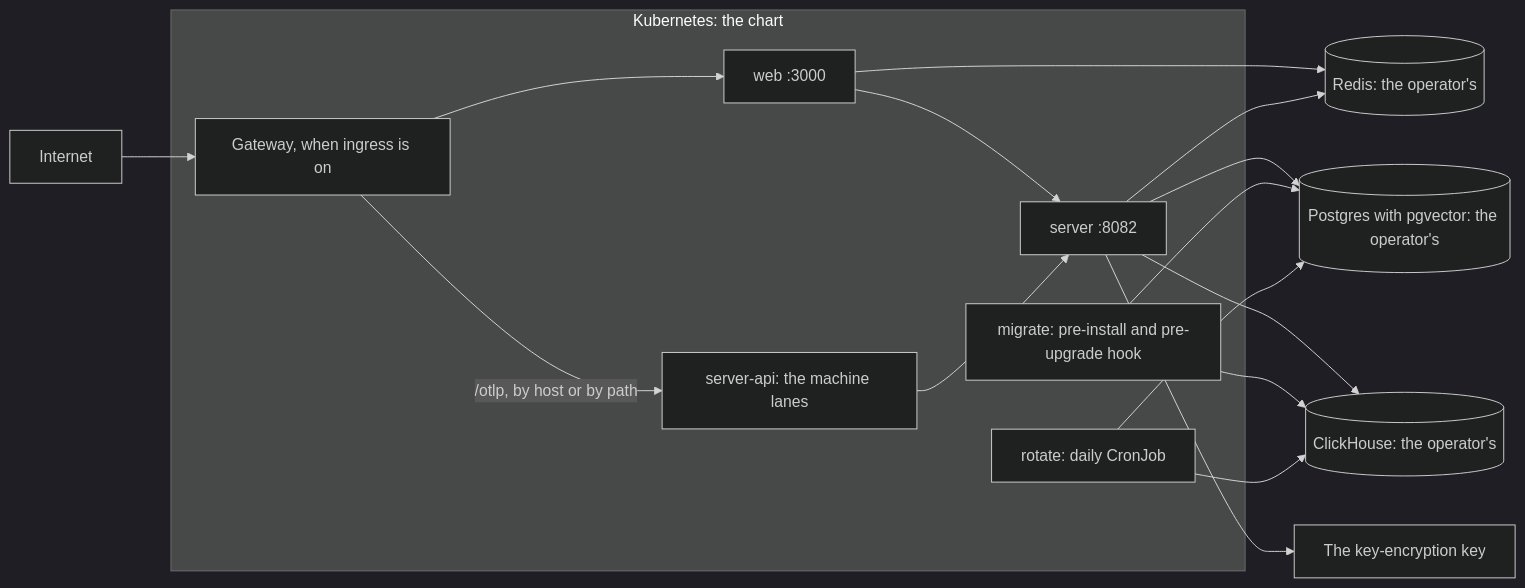
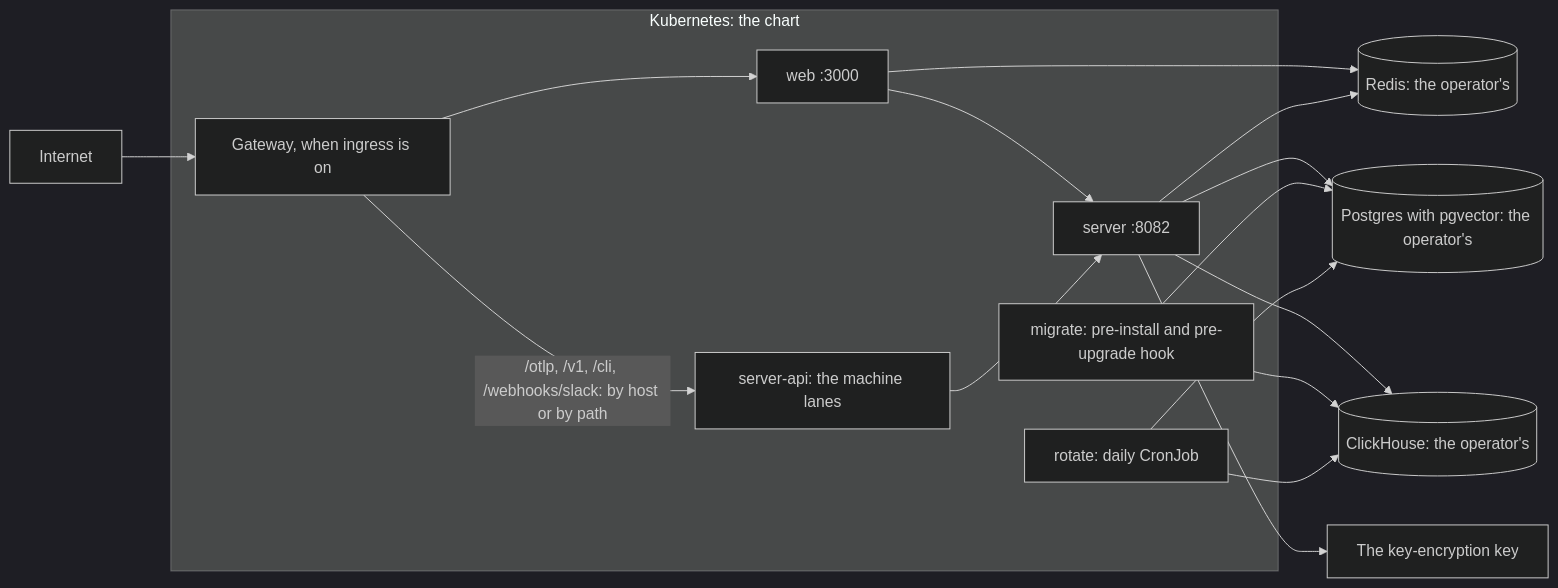
Before and after one commit to telmoni/telmoni: the fifth of 5 diagrams in ARCHITECTURE.md, drawn with Mermaid (dark theme). The commit also changed 3 other files, not shown here.

First line of the commit message:
fix(chart): answer the console on its own host when the lanes have one

````diff
--- a/ARCHITECTURE.md
+++ b/ARCHITECTURE.md
@@ -341,19 +341,19 @@
 ```mermaid
 flowchart LR
   Internet --> GW["Gateway, when ingress is on"]
   subgraph Cluster["Kubernetes: the chart"]
     GW --> Web["web :3000"]
-    GW -->|"/otlp, by host or by path"| API["server-api: the machine lanes"]
+    GW -->|"/otlp, /v1, /cli, /webhooks/slack: by host or by path"| API["server-api: the machine lanes"]
     Web --> Server["server :8082"]
     API --> Server
     Migrate["migrate: pre-install and pre-upgrade hook"]
     Rotate["rotate: daily CronJob"]
   end
   Web --> Redis[("Redis: the operator's")]
   Server --> Redis
   Server --> PG[("Postgres with pgvector: the operator's")]
   Server --> CH[("ClickHouse: the operator's")]
   Server --> KMS["The key-encryption key"]
   Migrate --> PG & CH
   Rotate --> PG & CH
 ```
````
